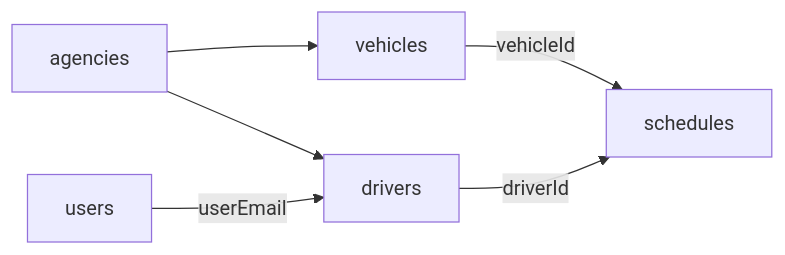
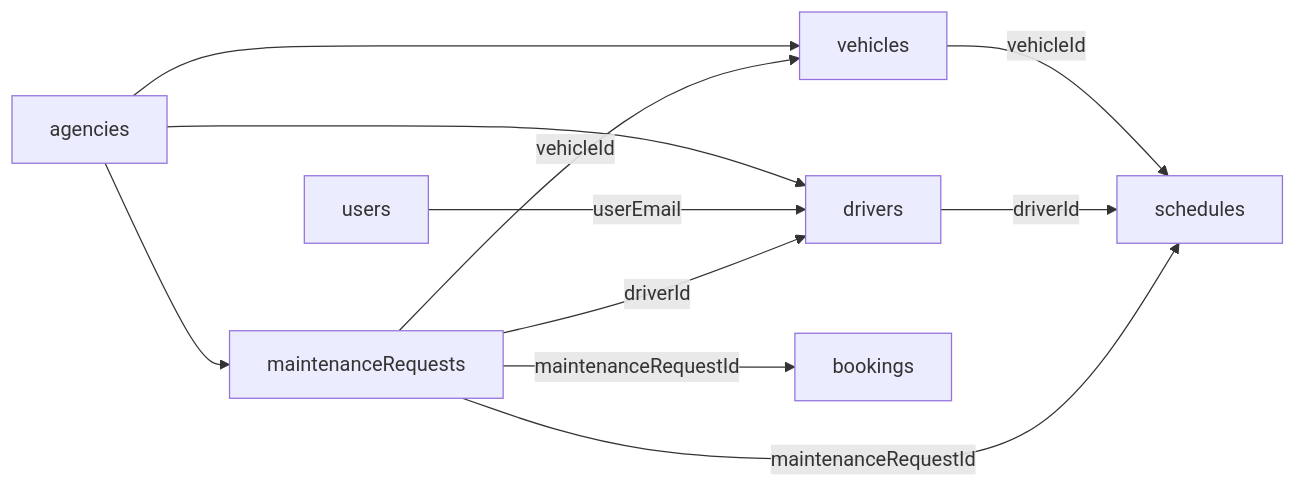
Before and after one commit to mavianandria-dev/Agent-Travel: the diagram in Assist-Agent/03 Data Model/Data - vehicles dan drivers.md, drawn with Mermaid. The commit also changed other lines of this file and 52 other files, not shown here.

````diff
--- a/Assist-Agent/03 Data Model/Data - vehicles dan drivers.md
+++ b/Assist-Agent/03 Data Model/Data - vehicles dan drivers.md
@@ -81,8 +96,13 @@
 ```mermaid
 flowchart LR
   A[agencies] --> V[vehicles]
   A --> D[drivers]
   U[users] -->|userEmail| D
   V -->|vehicleId| S[schedules]
   D -->|driverId| S
+  A --> M[maintenanceRequests]
+  M -->|vehicleId| V
+  M -->|driverId| D
+  M -->|maintenanceRequestId| S
+  M -->|maintenanceRequestId| B[bookings]
 ```
````
